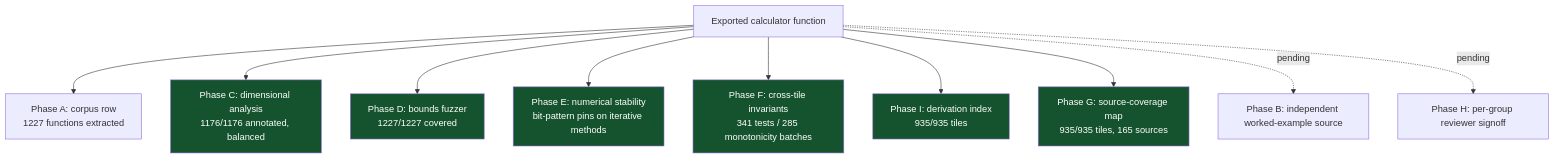
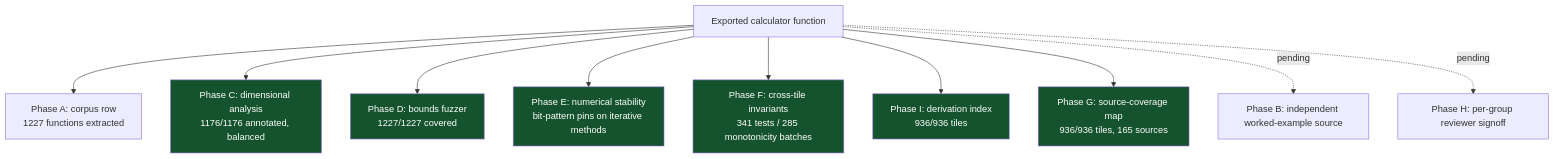
Before and after one commit to clay-good/roughlogic.com: the sixth of 8 diagrams in README.md, drawn with Mermaid. The commit also changed other lines of this file and 18 other files, not shown here.

````diff
--- a/README.md
+++ b/README.md
@@ -519,18 +519,18 @@
 ```mermaid
 flowchart TB
     F[Exported calculator function] --> A[Phase A: corpus row\n1227 functions extracted]
     F --> C[Phase C: dimensional analysis\n1176/1176 annotated, balanced]
     F --> D[Phase D: bounds fuzzer\n1227/1227 covered]
     F --> E[Phase E: numerical stability\nbit-pattern pins on iterative methods]
     F --> Fa[Phase F: cross-tile invariants\n341 tests / 285 monotonicity batches]
-    F --> I[Phase I: derivation index\n935/935 tiles]
-    F --> G[Phase G: source-coverage map\n935/935 tiles, 165 sources]
+    F --> I[Phase I: derivation index\n936/936 tiles]
+    F --> G[Phase G: source-coverage map\n936/936 tiles, 165 sources]
     F -.pending.-> B[Phase B: independent worked-example source]
     F -.pending.-> H[Phase H: per-group reviewer signoff]
     style C fill:#14532d,color:#fff
     style D fill:#14532d,color:#fff
     style E fill:#14532d,color:#fff
     style Fa fill:#14532d,color:#fff
     style G fill:#14532d,color:#fff
     style I fill:#14532d,color:#fff
 ```
````
